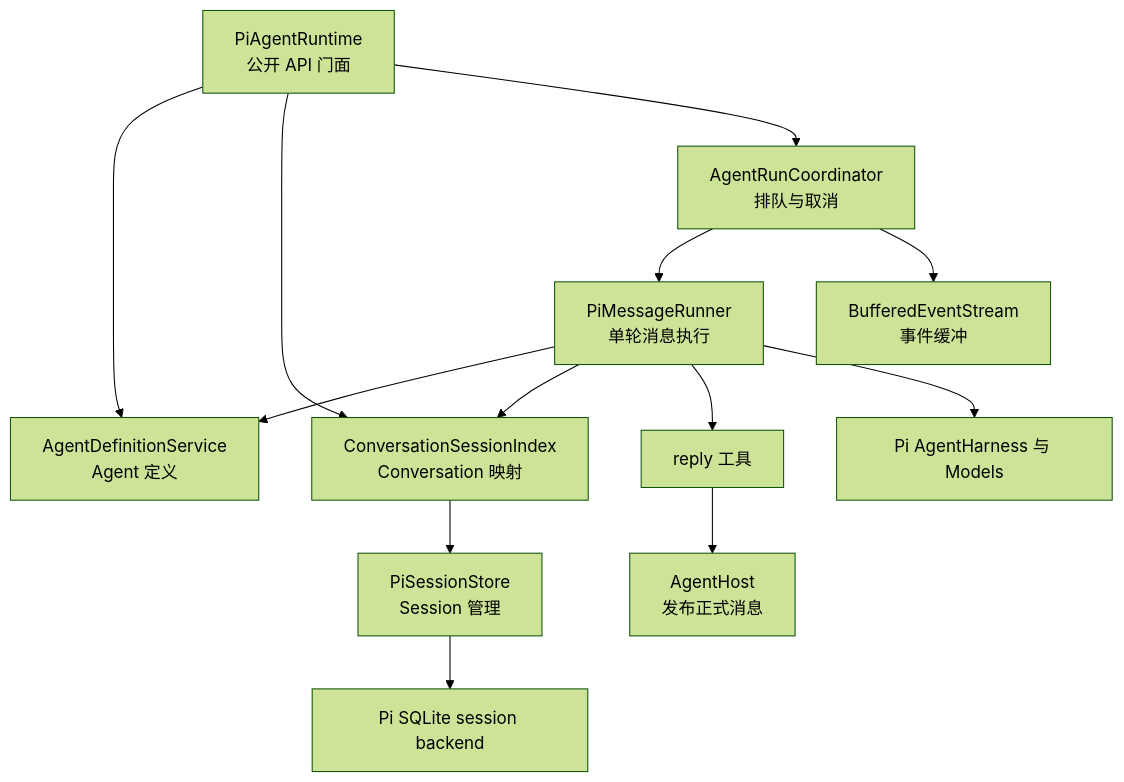
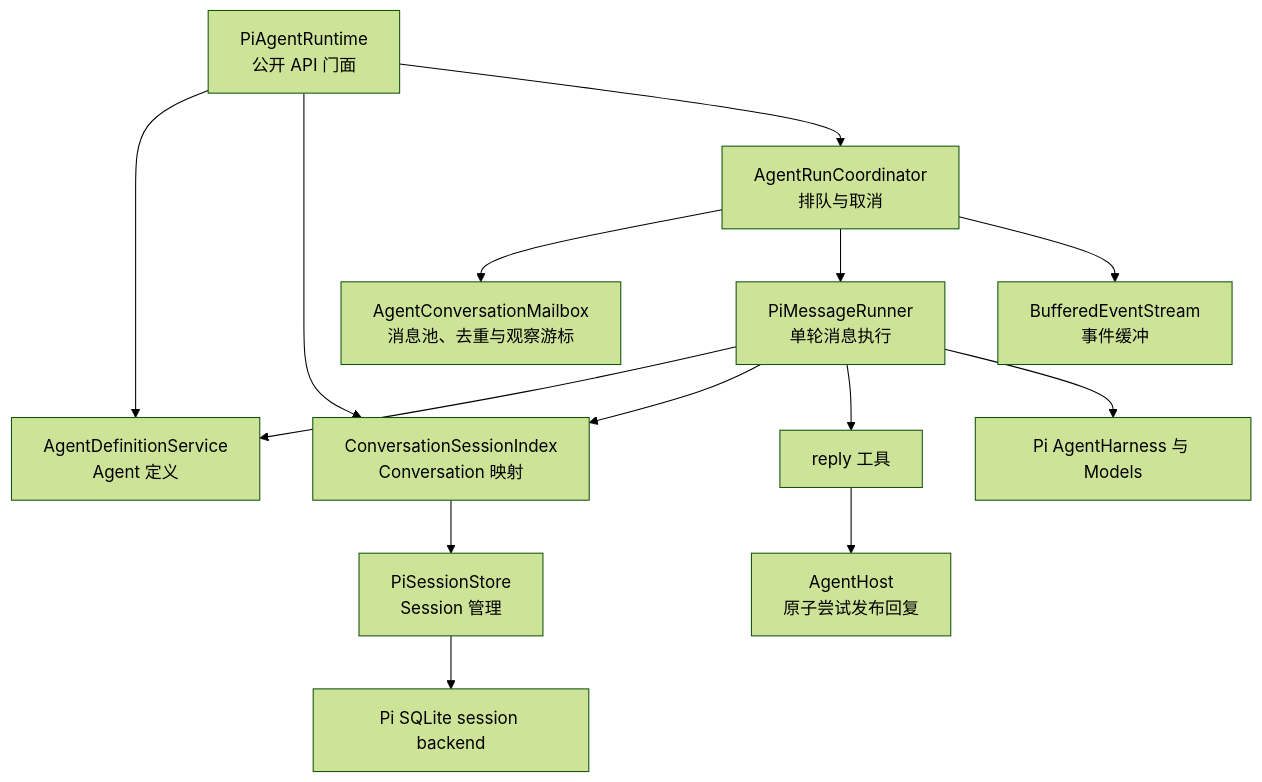
One commit to AllenLuuu/Peerly changed the first of 2 diagrams in docs/architecture.md. Above: the diagram before and after it, drawn with Mermaid (forest theme). The commit also changed other lines of this file and 27 other files, not shown here.

````diff
--- a/docs/architecture.md
+++ b/docs/architecture.md
@@ -31,15 +31,16 @@
 ```mermaid
 flowchart TD
     Runtime[PiAgentRuntime<br/>公开 API 门面] --> Definitions[AgentDefinitionService<br/>Agent 定义]
     Runtime --> Index[ConversationSessionIndex<br/>Conversation 映射]
     Index --> Sessions[PiSessionStore<br/>Session 管理]
     Runtime --> Coordinator[AgentRunCoordinator<br/>排队与取消]
+    Coordinator --> Mailbox[AgentConversationMailbox<br/>消息池、去重与观察游标]
     Coordinator --> Runner[PiMessageRunner<br/>单轮消息执行]
     Runner --> Definitions
     Runner --> Index
     Runner --> Reply[reply 工具]
-    Reply --> Host[AgentHost<br/>发布正式消息]
+    Reply --> Host[AgentHost<br/>原子尝试发布回复]
     Coordinator --> Stream[BufferedEventStream<br/>事件缓冲]
     Runner --> Pi[Pi AgentHarness 与 Models]
     Sessions --> SQLite[Pi SQLite session backend]
 ```
````
